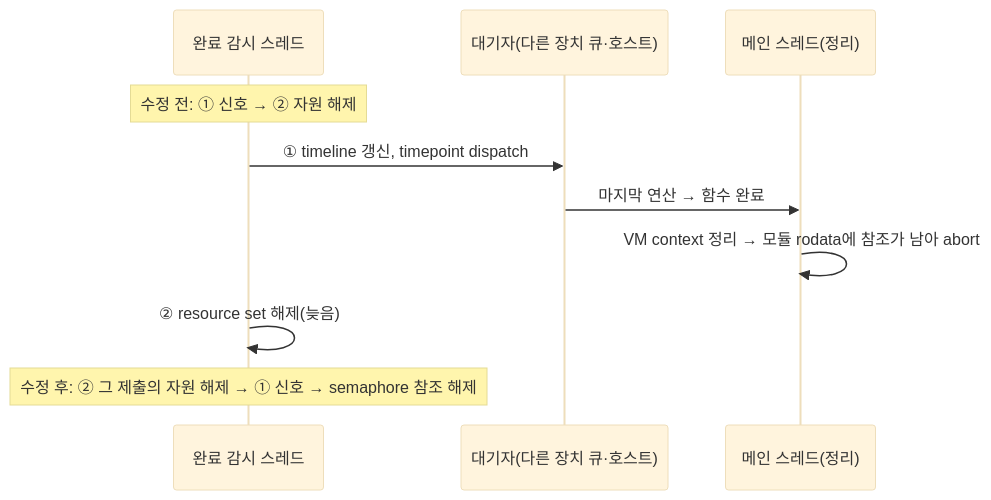
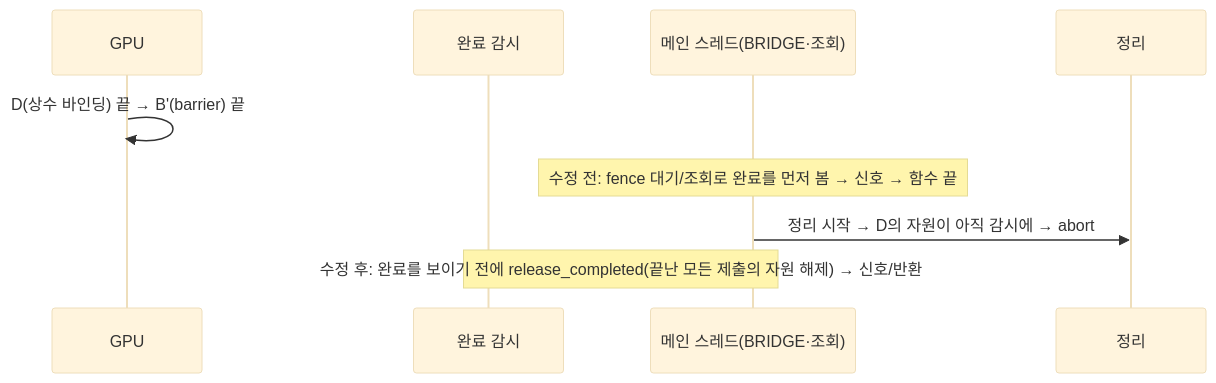
The diagram in docs/specs/S11_Vulkan_완료감시_해제후신호.md (ace-knu/iree-amd-aie), drawn with Mermaid (base theme) before and after one commit. The commit also changed other lines of this file and 3 other files, not shown here.

````diff
--- a/docs/specs/S11_Vulkan_완료감시_해제후신호.md
+++ b/docs/specs/S11_Vulkan_완료감시_해제후신호.md
@@ -12,12 +29,11 @@
 ```mermaid
 sequenceDiagram
-  participant W as 완료 감시 스레드
-  participant X as 대기자(다른 장치 큐·호스트)
-  participant M as 메인 스레드(정리)
-  Note over W: 수정 전: ① 신호 → ② 자원 해제
-  W->>X: ① timeline 갱신, timepoint dispatch
-  X->>M: 마지막 연산 → 함수 완료
-  M->>M: VM context 정리 → 모듈 rodata에 참조가 남아 abort
-  W->>W: ② resource set 해제(늦음)
-  Note over W: 수정 후: ② 그 제출의 자원 해제 → ① 신호 → semaphore 참조 해제
+  participant G as GPU
+  participant W as 완료 감시
+  participant B as 메인 스레드(BRIDGE·조회)
+  participant M as 정리
+  G->>G: D(상수 바인딩) 끝 → B'(barrier) 끝
+  Note over B: 수정 전: fence 대기/조회로 완료를 먼저 봄 → 신호 → 함수 끝
+  B->>M: 정리 시작 → D의 자원이 아직 감시에 → abort
+  Note over B,W: 수정 후: 완료를 보이기 전에 release_completed(끝난 모든 제출의 자원 해제) → 신호/반환
 ```
````
